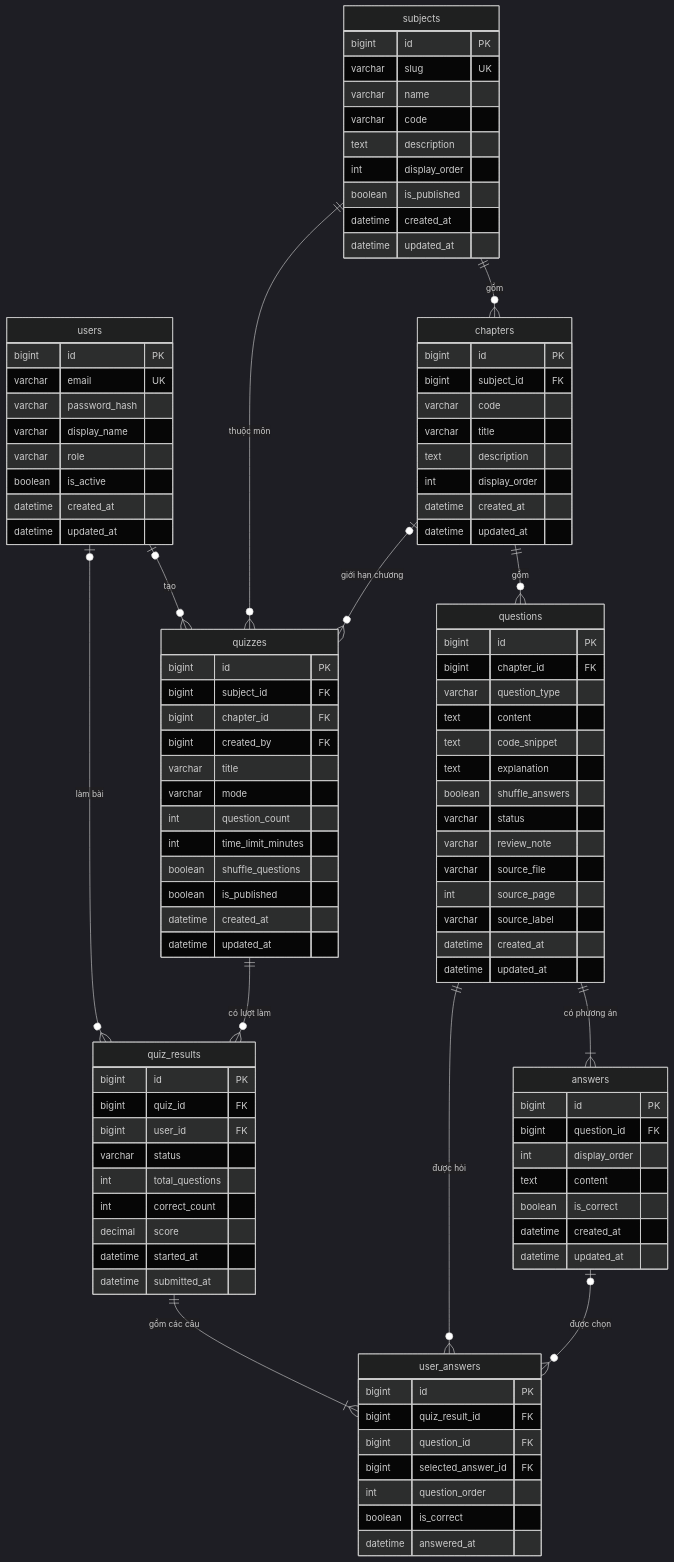
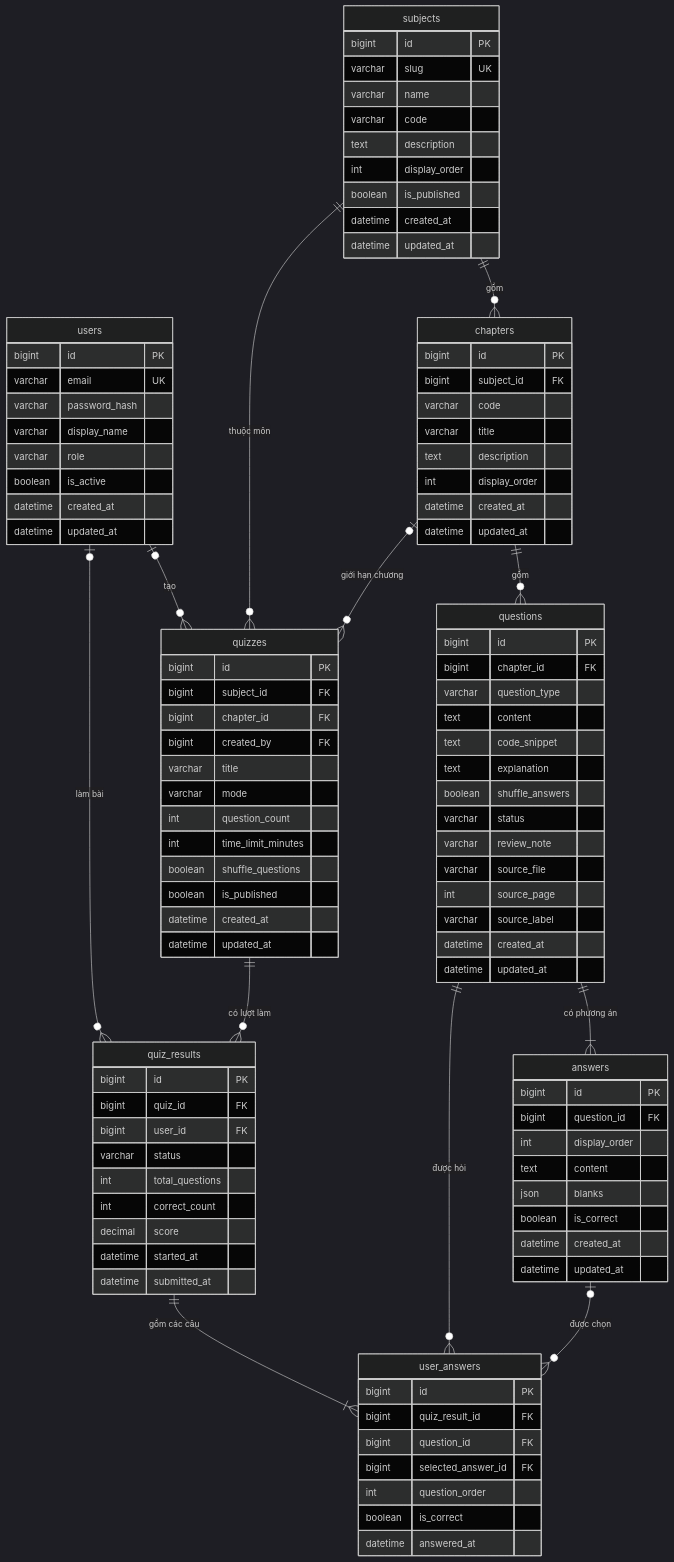
Before and after one commit to PhamThanhTuanDev/quiz-study: the diagram in docs/database-design.md, drawn with Mermaid (dark theme). The commit also changed other lines of this file and 27 other files, not shown here.

```diff
--- a/docs/database-design.md
+++ b/docs/database-design.md
@@ -92,6 +92,7 @@
         bigint question_id FK
         int display_order
         text content
+        json blanks
         boolean is_correct
         datetime created_at
         datetime updated_at
```
